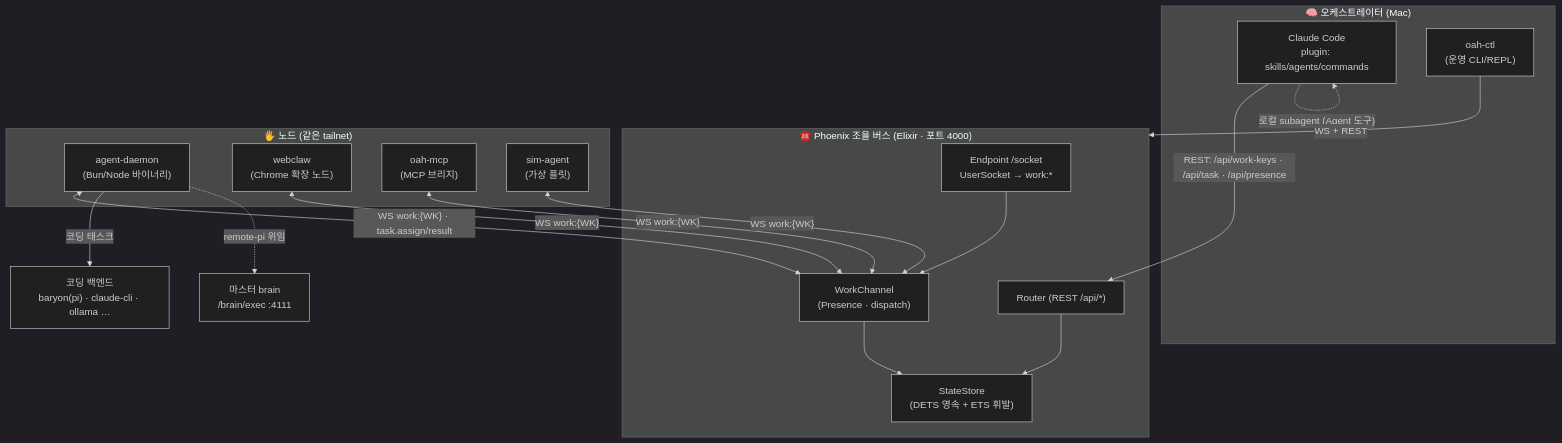
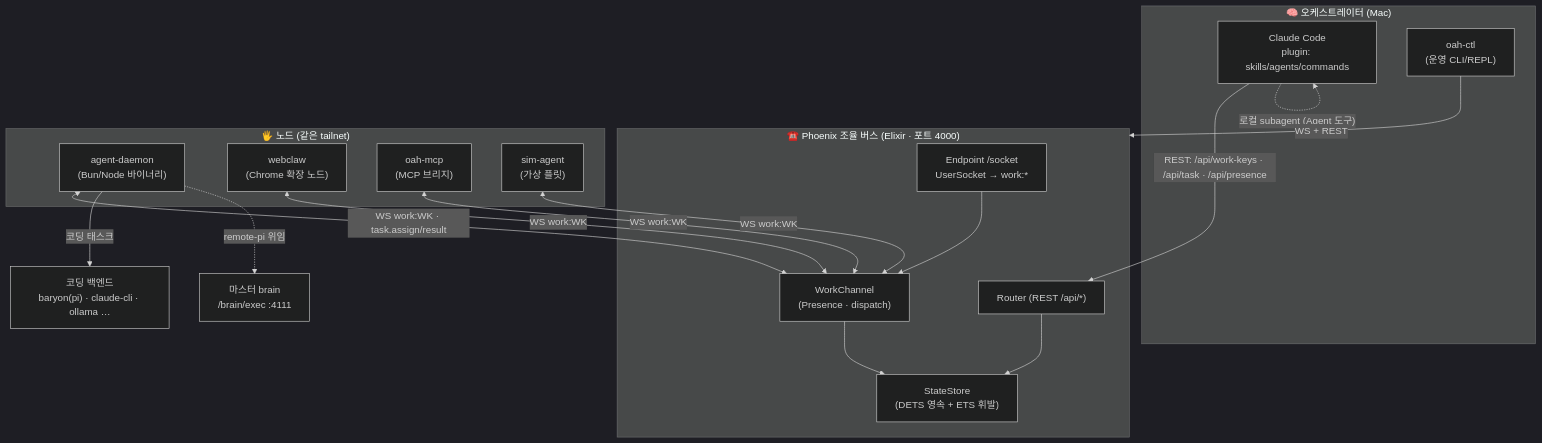
Before and after one commit to DureClaw/dureclaw: the first of 4 diagrams in docs/ARCHITECTURE.md, drawn with Mermaid (dark theme).

Commit message:
docs(architecture): flowchart edge 라벨 중괄호 제거 (GitHub Mermaid 렌더 안전)

````diff
--- a/docs/ARCHITECTURE.md
+++ b/docs/ARCHITECTURE.md
@@ -22,37 +22,37 @@
 ```mermaid
 flowchart TB
     subgraph brain["🧠 오케스트레이터 (Mac)"]
         CC["Claude Code<br/>plugin: skills/agents/commands"]
         CTL["oah-ctl<br/>(운영 CLI/REPL)"]
     end
 
     subgraph bus["☎️ Phoenix 조율 버스 (Elixir · 포트 4000)"]
         EP["Endpoint /socket<br/>UserSocket → work:*"]
         RT["Router (REST /api/*)"]
         WC["WorkChannel<br/>(Presence · dispatch)"]
         SS["StateStore<br/>(DETS 영속 + ETS 휘발)"]
     end
 
     subgraph nodes["🖐️ 노드 (같은 tailnet)"]
         AD["agent-daemon<br/>(Bun/Node 바이너리)"]
         WCLAW["webclaw<br/>(Chrome 확장 노드)"]
         MCPB["oah-mcp<br/>(MCP 브리지)"]
         SIM["sim-agent<br/>(가상 플릿)"]
     end
 
     CC -->|"REST: /api/work-keys · /api/task · /api/presence"| RT
     CTL -->|"WS + REST"| bus
     CC -.->|"로컬 subagent (Agent 도구)"| CC
 
     RT --> SS
     WC --> SS
     EP --> WC
 
-    AD <-->|"WS work:{WK} · task.assign/result"| WC
-    WCLAW <-->|"WS work:{WK}"| WC
-    MCPB <-->|"WS work:{WK}"| WC
-    SIM <-->|"WS work:{WK}"| WC
+    AD <-->|"WS work:WK · task.assign/result"| WC
+    WCLAW <-->|"WS work:WK"| WC
+    MCPB <-->|"WS work:WK"| WC
+    SIM <-->|"WS work:WK"| WC
 
     AD -->|"코딩 태스크"| BE["코딩 백엔드<br/>baryon(pi) · claude-cli · ollama …"]
     AD -.->|"remote-pi 위임"| BRAIN["마스터 brain<br/>/brain/exec :4111"]
 ```
````
